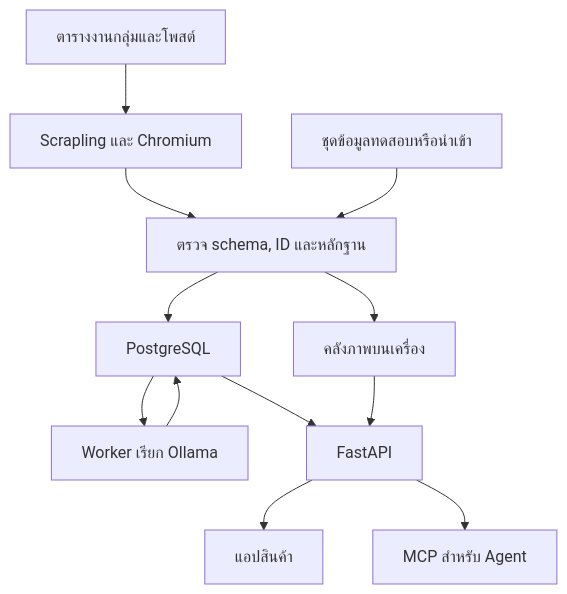
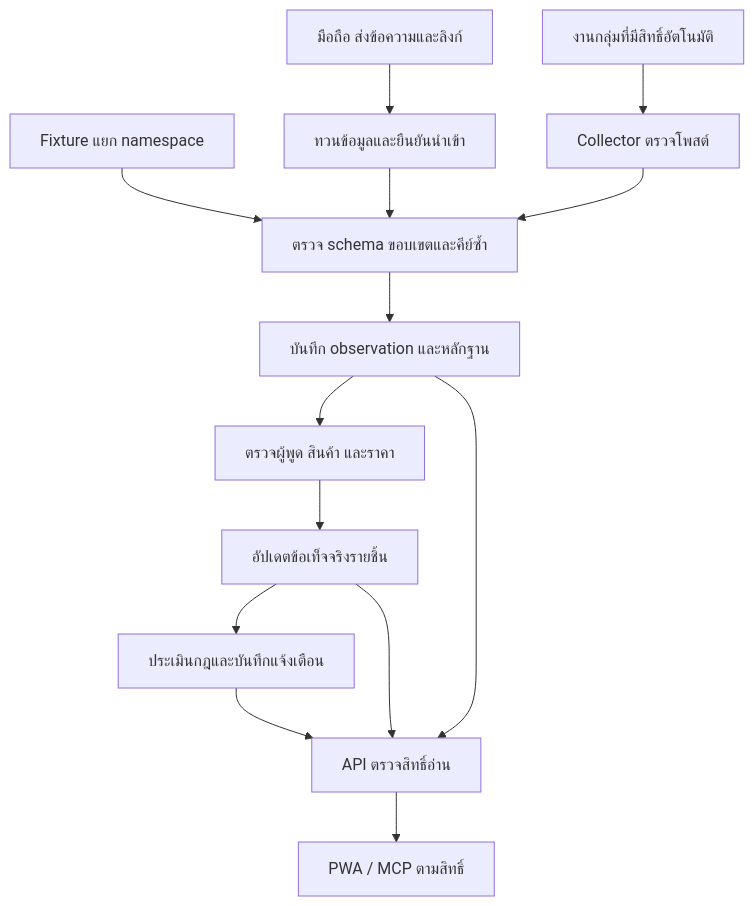
Before and after one commit to Freshair129/paiya: the diagram in docs/architecture/views/observation-flow.md, drawn with Mermaid. The commit also changed other lines of this file and 13 other files, not shown here.

Commit message:
docs: specify buyer workflows, PostgreSQL data model and ER diagrams

````diff
--- a/docs/architecture/views/observation-flow.md
+++ b/docs/architecture/views/observation-flow.md
@@ -9,14 +9,16 @@
 ```mermaid
 flowchart TD
-    S["ตารางงานกลุ่มและโพสต์"] --> C["Scrapling และ Chromium"]
-    C --> I["ตรวจ schema, ID และหลักฐาน"]
-    F["ชุดข้อมูลทดสอบหรือนำเข้า"] --> I
-    I --> D["PostgreSQL"]
-    I --> E["คลังภาพบนเครื่อง"]
-    D --> W["Worker เรียก Ollama"]
-    W --> D
-    D --> A["FastAPI"]
-    E --> A
-    A --> U["แอปสินค้า"]
-    A --> M["MCP สำหรับ Agent"]
+    F["Fixture แยก namespace"] --> I["ตรวจ schema ขอบเขตและคีย์ซ้ำ"]
+    U["มือถือ ส่งข้อความและลิงก์"] --> P["ทวนข้อมูลและยืนยันนำเข้า"]
+    P --> I
+    G["งานกลุ่มที่มีสิทธิ์อัตโนมัติ"] --> C["Collector ตรวจโพสต์"]
+    C --> I
+    I --> D["บันทึก observation และหลักฐาน"]
+    D --> W["ตรวจผู้พูด สินค้า และราคา"]
+    W --> A["อัปเดตข้อเท็จจริงรายชิ้น"]
+    A --> R["ประเมินกฎและบันทึกแจ้งเตือน"]
+    A --> Q["API ตรวจสิทธิ์อ่าน"]
+    D --> Q
+    R --> Q
+    Q --> V["PWA / MCP ตามสิทธิ์"]
 ```
````
